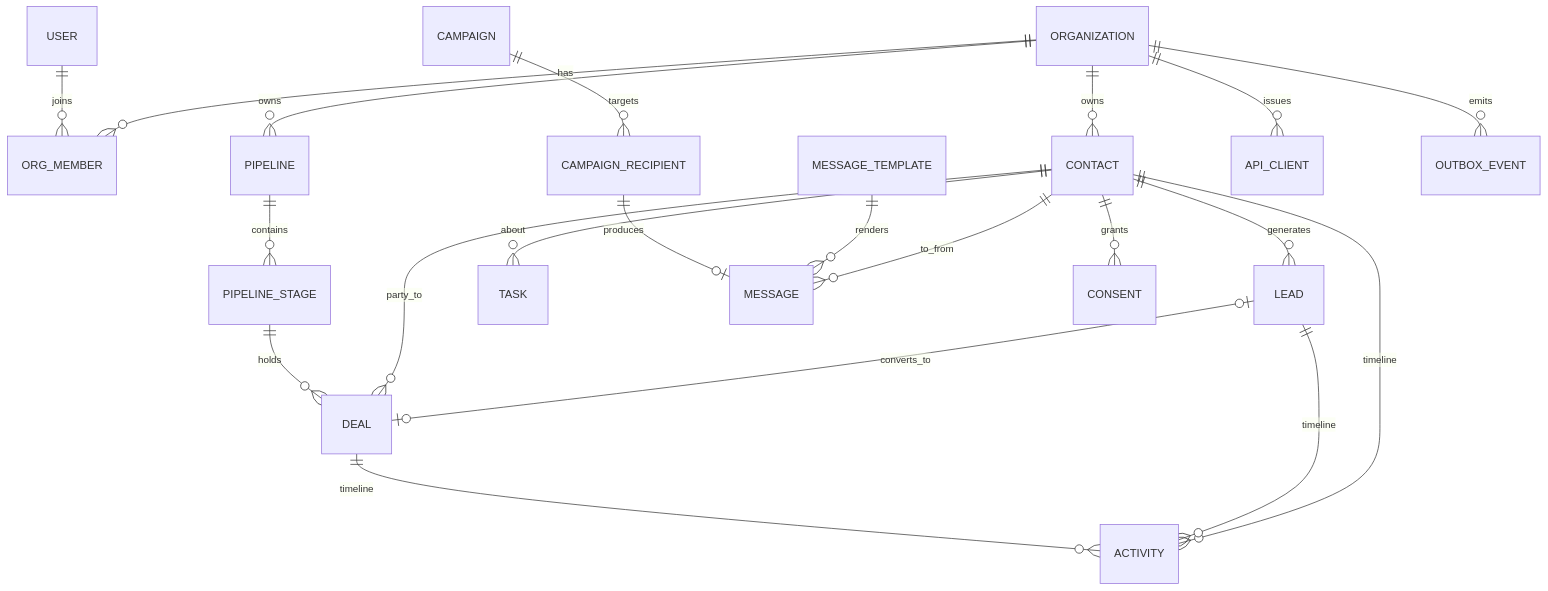
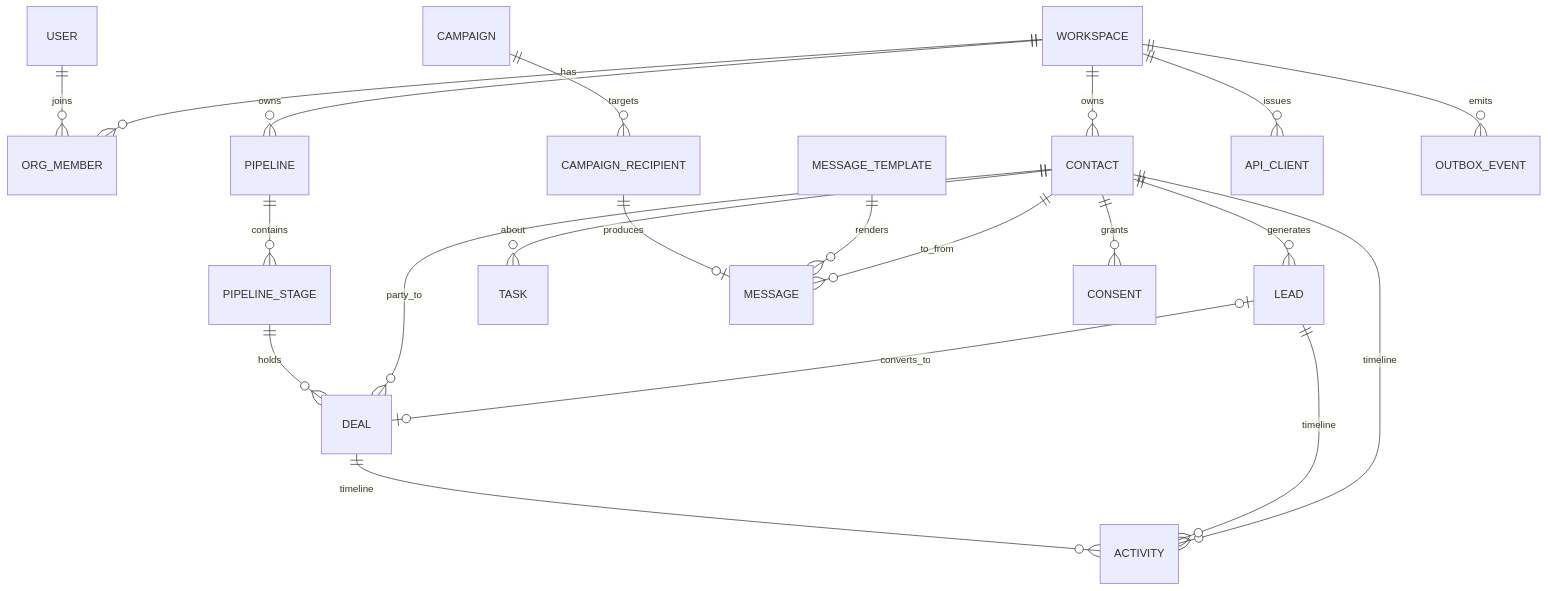
Before and after one commit to convertap/convert: the third of 7 diagrams in docs/architecture.md, drawn with Mermaid. The commit also changed other lines of this file and 26 other files, not shown here.

First line of the commit message:
refactor: rename organization to workspace

````diff
--- a/docs/architecture.md
+++ b/docs/architecture.md
@@ -156,23 +156,23 @@
 ```mermaid
 erDiagram
-  ORGANIZATION ||--o{ ORG_MEMBER : has
+  WORKSPACE ||--o{ ORG_MEMBER : has
   USER ||--o{ ORG_MEMBER : joins
-  ORGANIZATION ||--o{ CONTACT : owns
-  ORGANIZATION ||--o{ PIPELINE : owns
+  WORKSPACE ||--o{ CONTACT : owns
+  WORKSPACE ||--o{ PIPELINE : owns
   PIPELINE ||--o{ PIPELINE_STAGE : contains
   CONTACT ||--o{ LEAD : generates
   LEAD |o--o| DEAL : converts_to
   CONTACT ||--o{ DEAL : party_to
   PIPELINE_STAGE ||--o{ DEAL : holds
   CONTACT ||--o{ ACTIVITY : timeline
   LEAD ||--o{ ACTIVITY : timeline
   DEAL ||--o{ ACTIVITY : timeline
   CONTACT ||--o{ TASK : about
   CONTACT ||--o{ MESSAGE : to_from
   CONTACT ||--o{ CONSENT : grants
   MESSAGE_TEMPLATE ||--o{ MESSAGE : renders
   CAMPAIGN ||--o{ CAMPAIGN_RECIPIENT : targets
   CAMPAIGN_RECIPIENT ||--o| MESSAGE : produces
-  ORGANIZATION ||--o{ API_CLIENT : issues
-  ORGANIZATION ||--o{ OUTBOX_EVENT : emits
+  WORKSPACE ||--o{ API_CLIENT : issues
+  WORKSPACE ||--o{ OUTBOX_EVENT : emits
 ```
````
